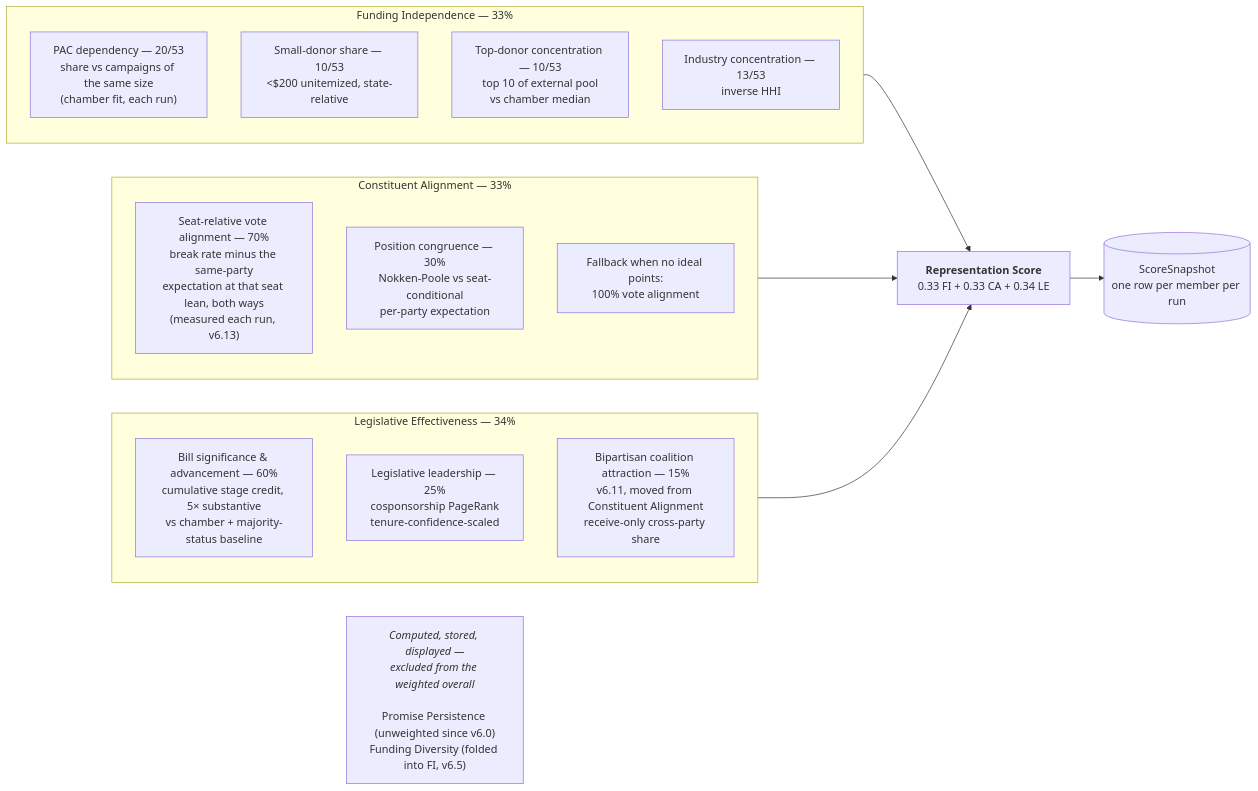
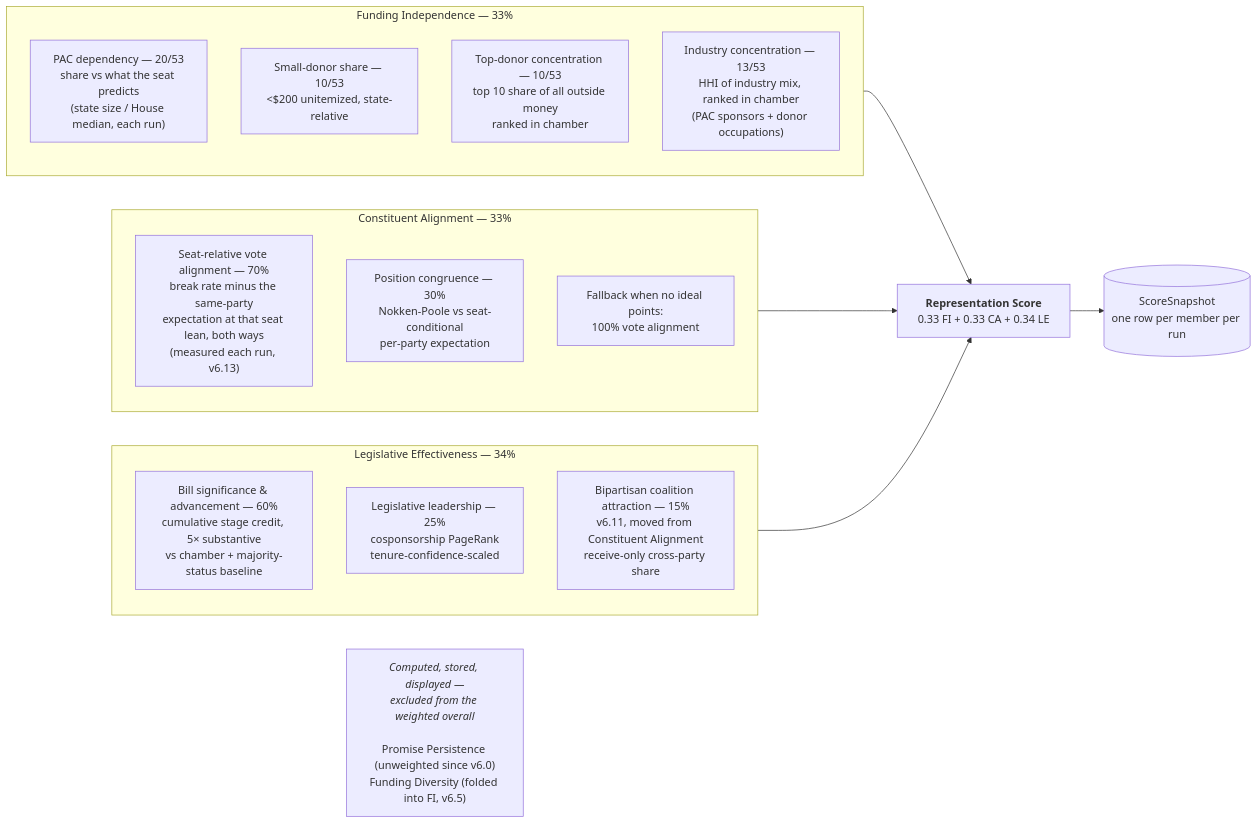
Before and after one commit to kamoras/civitas: the first of 3 diagrams in docs/diagrams/05-scoring.md, drawn with Mermaid. The commit also changed 20 other files, not shown here.

Commit message:
WIP: Funding Independence v6.26 (complete FEC detail, occupation industries, PAC expectation, ranked concentration)

````diff
--- a/docs/diagrams/05-scoring.md
+++ b/docs/diagrams/05-scoring.md
@@ -17,29 +17,29 @@
 ```mermaid
 flowchart LR
     subgraph FI["Funding Independence — 33%"]
-        FI1["PAC dependency — 20/53<br/>share vs campaigns of the same size<br/>(chamber fit, each run)"]
+        FI1["PAC dependency — 20/53<br/>share vs what the seat predicts<br/>(state size / House median, each run)"]
         FI2["Small-donor share — 10/53<br/>&lt;$200 unitemized, state-relative"]
-        FI3["Top-donor concentration — 10/53<br/>top 10 of external pool<br/>vs chamber median"]
-        FI5["Industry concentration — 13/53<br/>inverse HHI"]
+        FI3["Top-donor concentration — 10/53<br/>top 10 share of all outside money<br/>ranked in chamber"]
+        FI5["Industry concentration — 13/53<br/>HHI of industry mix, ranked in chamber<br/>(PAC sponsors + donor occupations)"]
     end
 
     subgraph CA["Constituent Alignment — 33%"]
         CA1["Seat-relative vote alignment — 70%<br/>break rate minus the same-party<br/>expectation at that seat lean, both ways<br/>(measured each run, v6.13)"]
         CA2["Position congruence — 30%<br/>Nokken-Poole vs seat-conditional<br/>per-party expectation"]
         CA3["Fallback when no ideal points:<br/>100% vote alignment"]
     end
 
     subgraph LE["Legislative Effectiveness — 34%"]
         LE1["Bill significance &amp; advancement — 60%<br/>cumulative stage credit, 5× substantive<br/>vs chamber + majority-status baseline"]
         LE2["Legislative leadership — 25%<br/>cosponsorship PageRank<br/>tenure-confidence-scaled"]
         LE3["Bipartisan coalition attraction — 15%<br/>v6.11, moved from Constituent Alignment<br/>receive-only cross-party share"]
     end
 
     FI --> OVERALL["<b>Representation Score</b><br/>0.33 FI + 0.33 CA + 0.34 LE"]
     CA --> OVERALL
     LE --> OVERALL
 
     OVERALL --> SNAP[("ScoreSnapshot<br/>one row per member per run")]
 
     UNW["<i>Computed, stored, displayed —<br/>excluded from the weighted overall</i><br/><br/>Promise Persistence (unweighted since v6.0)<br/>Funding Diversity (folded into FI, v6.5)"]
 ```
````
